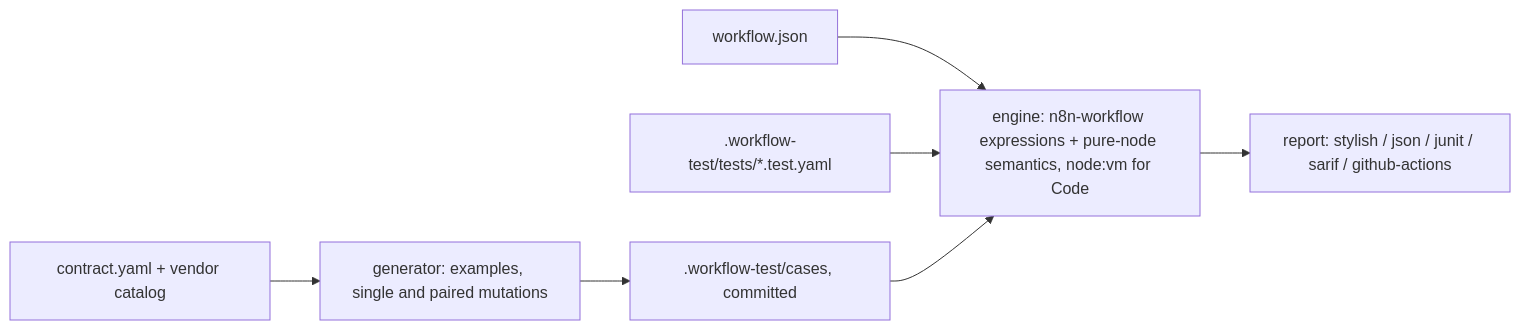
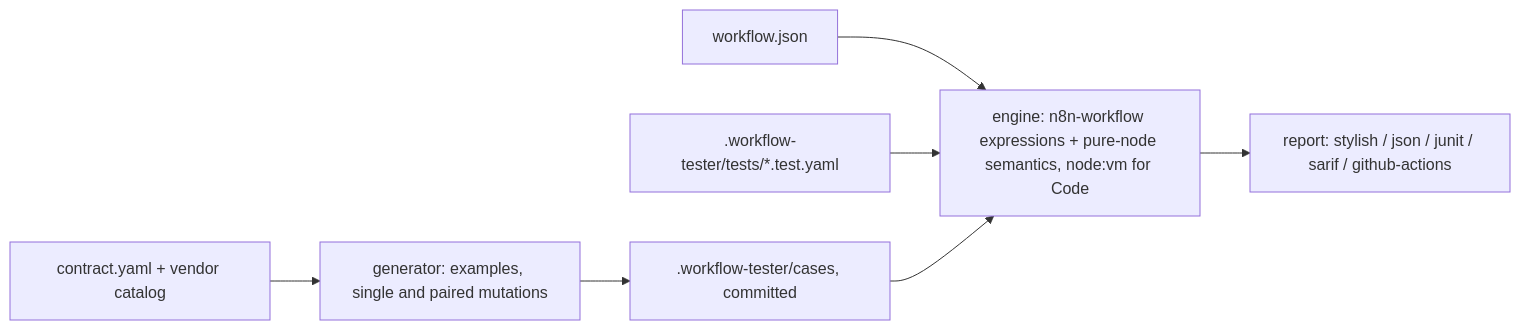
The diagram in README.md (LudwigGerdes/workflow-tester), drawn with Mermaid before and after one commit. The commit also changed other lines of this file and 137 other files, not shown here.

Commit message:
refactor!: rename workflow-test to workflow-tester

````diff
--- a/README.md
+++ b/README.md
@@ -93,9 +93,9 @@
 ```mermaid
 flowchart LR
   A[workflow.json] --> E
   C[contract.yaml + vendor catalog] --> G[generator: examples, single and paired mutations]
-  T[.workflow-test/tests/*.test.yaml] --> E
-  G --> S[.workflow-test/cases, committed]
+  T[.workflow-tester/tests/*.test.yaml] --> E
+  G --> S[.workflow-tester/cases, committed]
   S --> E[engine: n8n-workflow expressions + pure-node semantics, node:vm for Code]
   E --> R[report: stylish / json / junit / sarif / github-actions]
 ```
````
